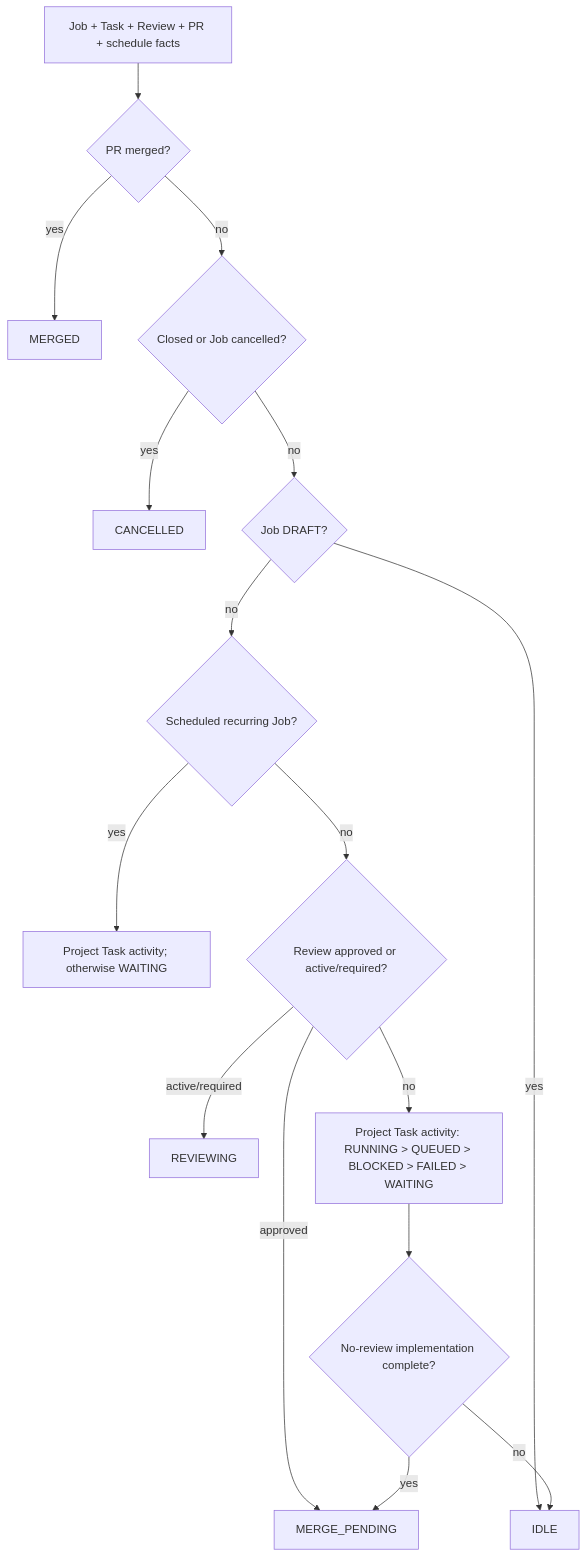
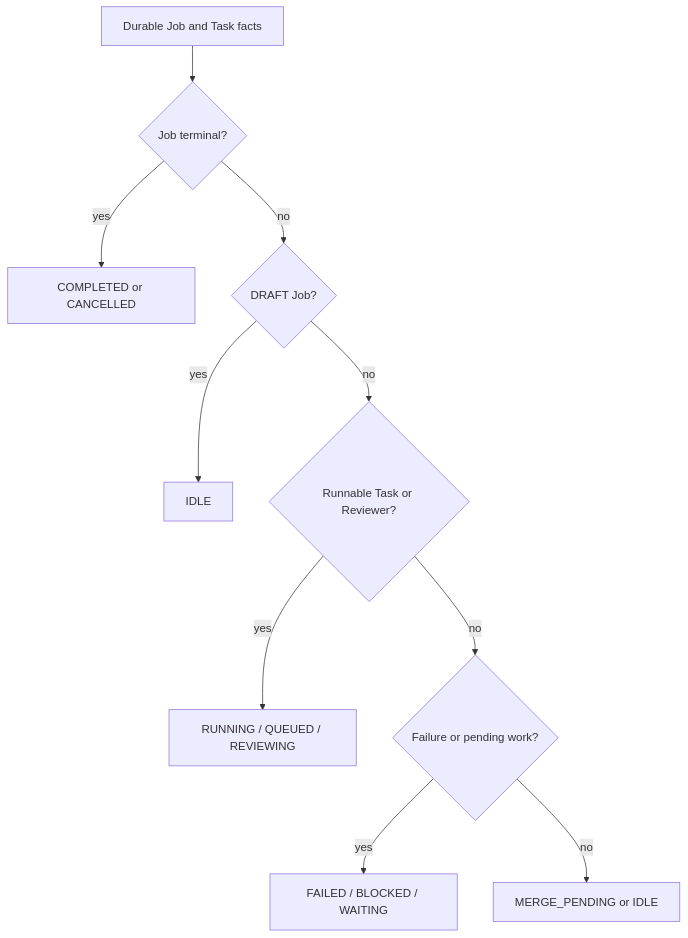
One commit to lalalic/agents-relay changed the diagram in docs/architecture.md. Above: the diagram before and after it, drawn with Mermaid. The commit also changed other lines of this file and 159 other files, not shown here.

````diff
--- a/docs/architecture.md
+++ b/docs/architecture.md
@@ -68,18 +58,12 @@
 ```mermaid
 flowchart TD
-    F[Job + Task + Review + PR + schedule facts] --> M{PR merged?}
-    M -- yes --> MERGED
-    M -- no --> C{Closed or Job cancelled?}
-    C -- yes --> CANCELLED
-    C -- no --> D{Job DRAFT?}
-    D -- yes --> IDLE
-    D -- no --> S{Scheduled recurring Job?}
-    S -- yes --> SP[Project Task activity; otherwise WAITING]
-    S -- no --> RV{Review approved or active/required?}
-    RV -- approved --> MERGE_PENDING
-    RV -- active/required --> REVIEWING
-    RV -- no --> TP[Project Task activity: RUNNING > QUEUED > BLOCKED > FAILED > WAITING]
-    TP --> NM{No-review implementation complete?}
-    NM -- yes --> MERGE_PENDING
-    NM -- no --> IDLE
+    F[Durable Job and Task facts] --> C{Job terminal?}
+    C -->|yes| T[COMPLETED or CANCELLED]
+    C -->|no| D{DRAFT Job?}
+    D -->|yes| IDLE
+    D -->|no| R{Runnable Task or Reviewer?}
+    R -->|yes| BUSY[RUNNING / QUEUED / REVIEWING]
+    R -->|no| G{Failure or pending work?}
+    G -->|yes| WAIT[FAILED / BLOCKED / WAITING]
+    G -->|no| MERGE[MERGE_PENDING or IDLE]
 ```
````
